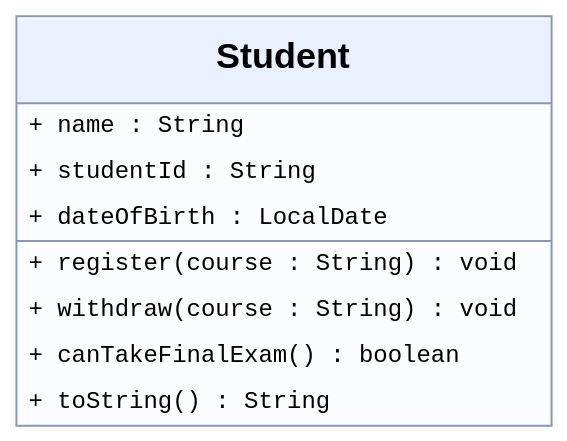
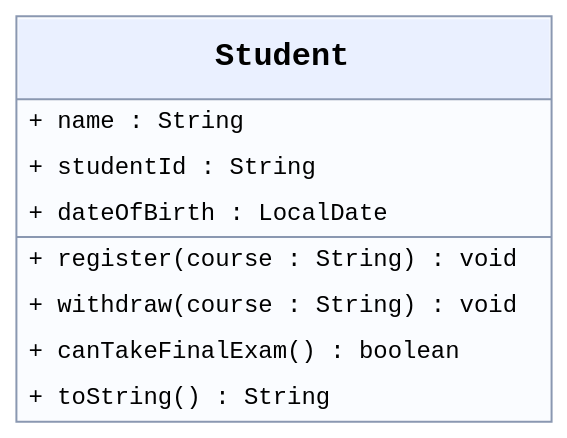
Before and after one commit to edetroll/java-oop: the diagram in content/chapters/02-osztalyok/media/hallgato-en.dot, drawn with Graphviz. The commit also changed 38 other files, not shown here.

```diff
--- a/content/chapters/02-osztalyok/media/hallgato-en.dot
+++ b/content/chapters/02-osztalyok/media/hallgato-en.dot
@@ -1,1 +1,1 @@
-digraph G { graph [bgcolor="transparent",margin=0,pad=0.03]; node [shape=plain]; cl [label=<<TABLE BORDER="1" CELLBORDER="0" CELLSPACING="0" CELLPADDING="3" COLOR="#8a98b1" BGCOLOR="#fafcff"><TR><TD BGCOLOR="#eaf0ff" CELLPADDING="11"><FONT FACE="Arial" POINT-SIZE="18"><B>Student</B></FONT></TD></TR><HR/><TR><TD ALIGN="LEFT" BALIGN="LEFT" CELLPADDING="5"><FONT FACE="monospace" POINT-SIZE="12">+ name : String</FONT></TD></TR><TR><TD ALIGN="LEFT" BALIGN="LEFT" CELLPADDING="5"><FONT FACE="monospace" POINT-SIZE="12">+ studentId : String</FONT></TD></TR><TR><TD ALIGN="LEFT" BALIGN="LEFT" CELLPADDING="5"><FONT FACE="monospace" POINT-SIZE="12">+ dateOfBirth : LocalDate</FONT></TD></TR><HR/><TR><TD ALIGN="LEFT" BALIGN="LEFT" CELLPADDING="5"><FONT FACE="monospace" POINT-SIZE="12">+ register(course : String) : void</FONT></TD></TR><TR><TD ALIGN="LEFT" BALIGN="LEFT" CELLPADDING="5"><FONT FACE="monospace" POINT-SIZE="12">+ withdraw(course : String) : void</FONT></TD></TR><TR><TD ALIGN="LEFT" BALIGN="LEFT" CELLPADDING="5"><FONT FACE="monospace" POINT-SIZE="12">+ canTakeFinalExam() : boolean</FONT></TD></TR><TR><TD ALIGN="LEFT" BALIGN="LEFT" CELLPADDING="5"><FONT FACE="monospace" POINT-SIZE="12">+ toString() : String</FONT></TD></TR></TABLE>>]; }
+digraph G { graph [bgcolor="transparent",margin=0,pad=0.03]; node [fontname="Liberation Mono",fontsize=12,shape=plain]; cl [label=<<TABLE BORDER="1" CELLBORDER="0" CELLSPACING="0" CELLPADDING="3" COLOR="#8a98b1" BGCOLOR="#fafcff"><TR><TD BGCOLOR="#eaf0ff" CELLPADDING="11"><FONT FACE="Liberation Mono" POINT-SIZE="16"><B>Student</B></FONT></TD></TR><HR/><TR><TD ALIGN="LEFT" BALIGN="LEFT" CELLPADDING="5"><FONT FACE="Liberation Mono" POINT-SIZE="12">+ name : String</FONT></TD></TR><TR><TD ALIGN="LEFT" BALIGN="LEFT" CELLPADDING="5"><FONT FACE="Liberation Mono" POINT-SIZE="12">+ studentId : String</FONT></TD></TR><TR><TD ALIGN="LEFT" BALIGN="LEFT" CELLPADDING="5"><FONT FACE="Liberation Mono" POINT-SIZE="12">+ dateOfBirth : LocalDate</FONT></TD></TR><HR/><TR><TD ALIGN="LEFT" BALIGN="LEFT" CELLPADDING="5"><FONT FACE="Liberation Mono" POINT-SIZE="12">+ register(course : String) : void</FONT></TD></TR><TR><TD ALIGN="LEFT" BALIGN="LEFT" CELLPADDING="5"><FONT FACE="Liberation Mono" POINT-SIZE="12">+ withdraw(course : String) : void</FONT></TD></TR><TR><TD ALIGN="LEFT" BALIGN="LEFT" CELLPADDING="5"><FONT FACE="Liberation Mono" POINT-SIZE="12">+ canTakeFinalExam() : boolean</FONT></TD></TR><TR><TD ALIGN="LEFT" BALIGN="LEFT" CELLPADDING="5"><FONT FACE="Liberation Mono" POINT-SIZE="12">+ toString() : String</FONT></TD></TR></TABLE>>]; }
```
